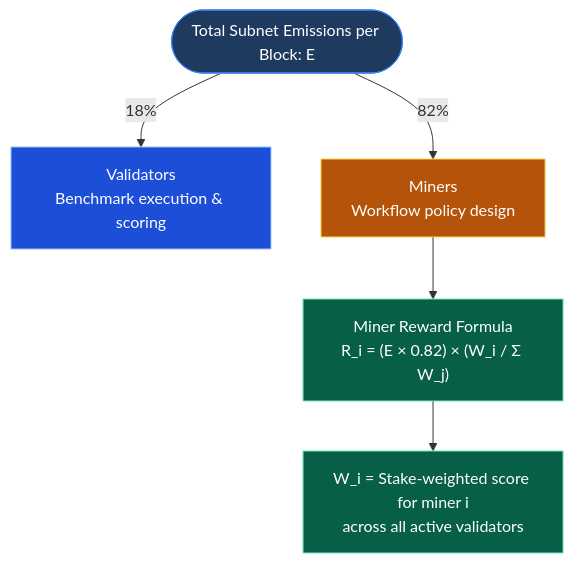
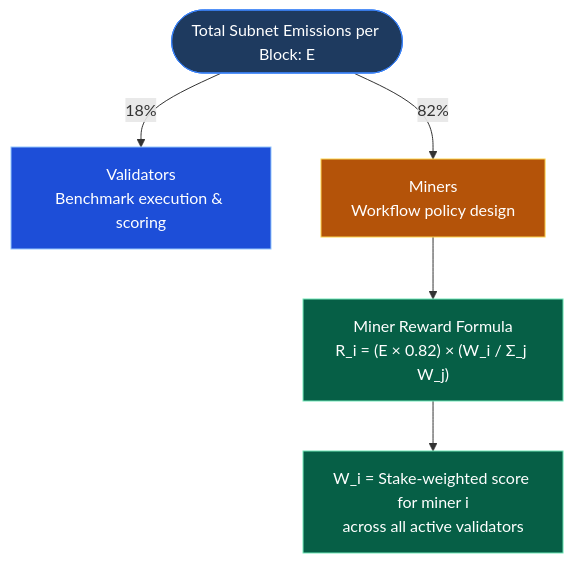
The first of 3 diagrams in readme.md (bloggeraditya5711/C-SWON), drawn with Mermaid before and after one commit. The commit also changed other lines of this file, not shown here.

````diff
--- a/readme.md
+++ b/readme.md
@@ -28,13 +28,13 @@
 ```mermaid
 flowchart TD
     E(["Total Subnet Emissions per Block: E"]):::emission
     E -->|18%| V["Validators<br/>Benchmark execution & scoring"]:::validator
     E -->|82%| M["Miners<br/>Workflow policy design"]:::miner
-    M --> R["Miner Reward Formula<br/>R_i = (E × 0.82) × (W_i / Σ W_j)"]:::formula
+    M --> R["Miner Reward Formula<br/>R_i = (E × 0.82) × (W_i / Σ_j W_j)"]:::formula
     R --> W["W_i = Stake-weighted score for miner i<br/>across all active validators"]:::formula
 
     classDef emission fill:#1e3a5f,stroke:#3b82f6,color:#fff
     classDef validator fill:#1d4ed8,stroke:#93c5fd,color:#fff
     classDef miner   fill:#b45309,stroke:#fcd34d,color:#fff
     classDef formula fill:#065f46,stroke:#6ee7b7,color:#fff
 ```
````
